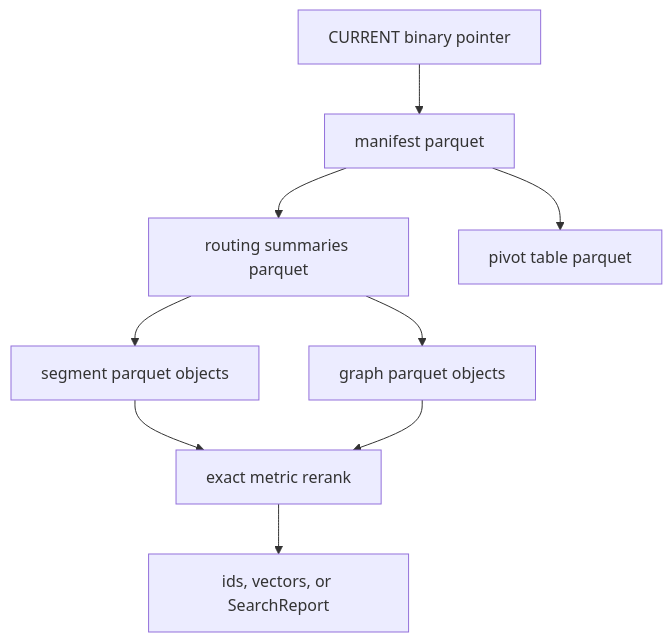
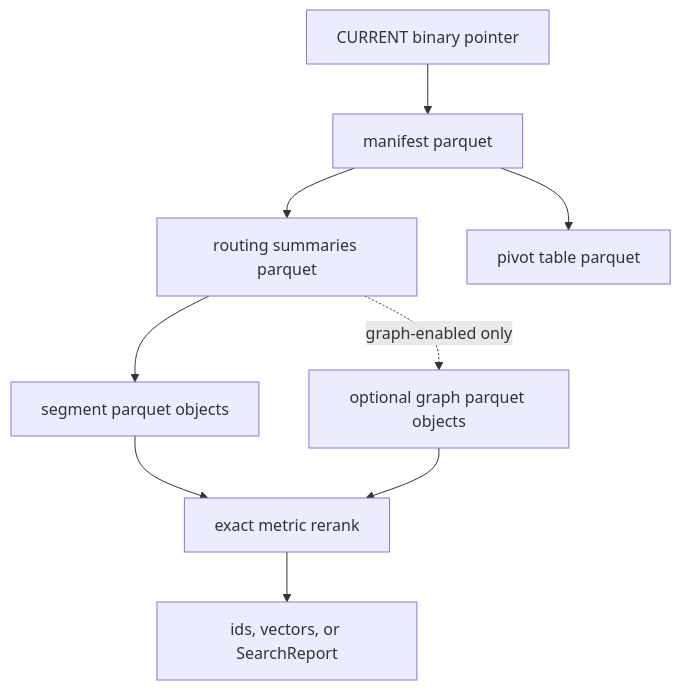
The first of 2 diagrams in docs/architecture.md (CausalityHQ/borsuk), drawn with Mermaid before and after one commit. The commit also changed other lines of this file and 551 other files, not shown here.

Commit message:
feat: stabilize production architecture and publication pipeline

````diff
--- a/docs/architecture.md
+++ b/docs/architecture.md
@@ -79,11 +230,11 @@
 ```mermaid
 flowchart TD
   current["CURRENT binary pointer"] --> manifest["manifest parquet"]
   manifest --> routing["routing summaries parquet"]
   manifest --> pivots["pivot table parquet"]
   routing --> segments["segment parquet objects"]
-  routing --> graphs["graph parquet objects"]
+  routing -. "graph-enabled only" .-> graphs["optional graph parquet objects"]
   segments --> rerank["exact metric rerank"]
   graphs --> rerank
   rerank --> results["ids, vectors, or SearchReport"]
 ```
````
